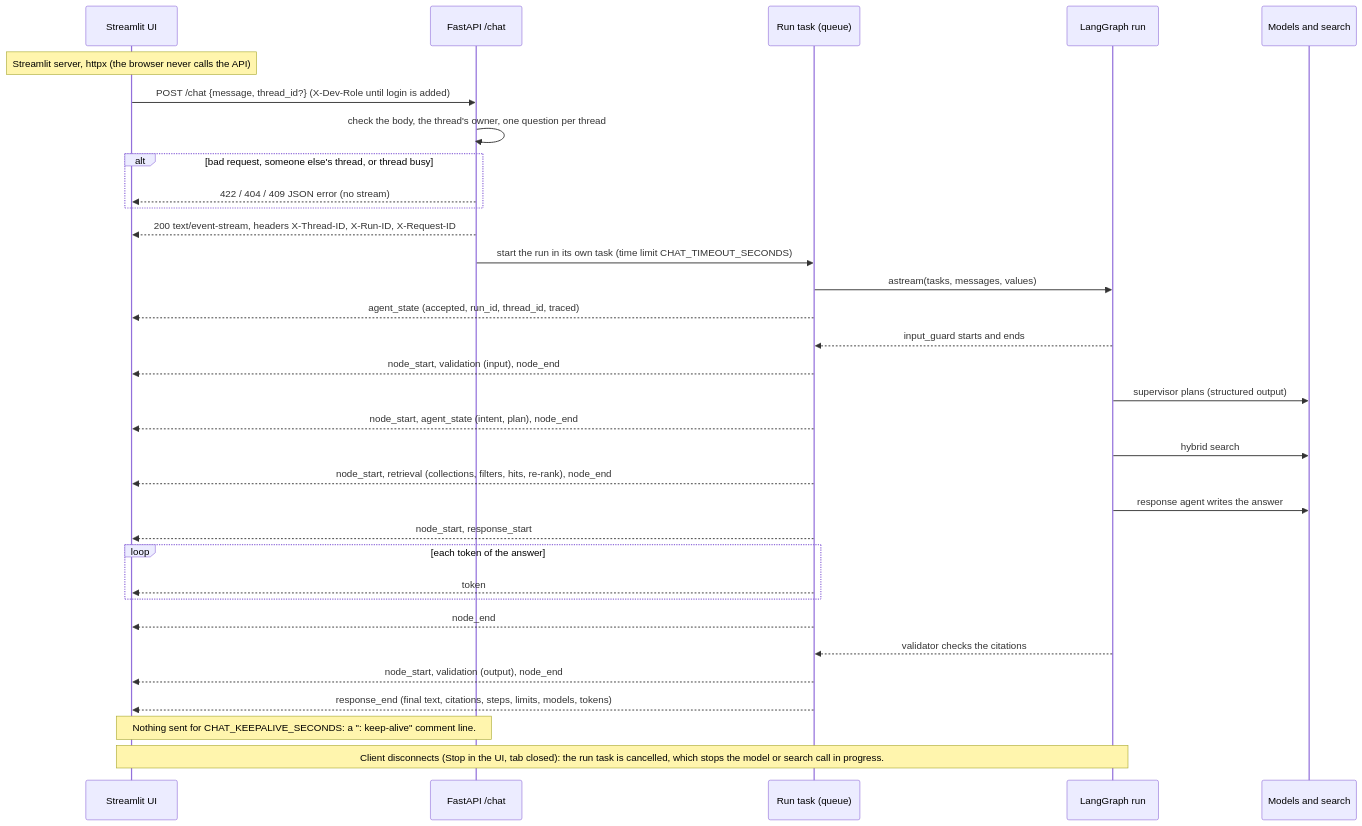
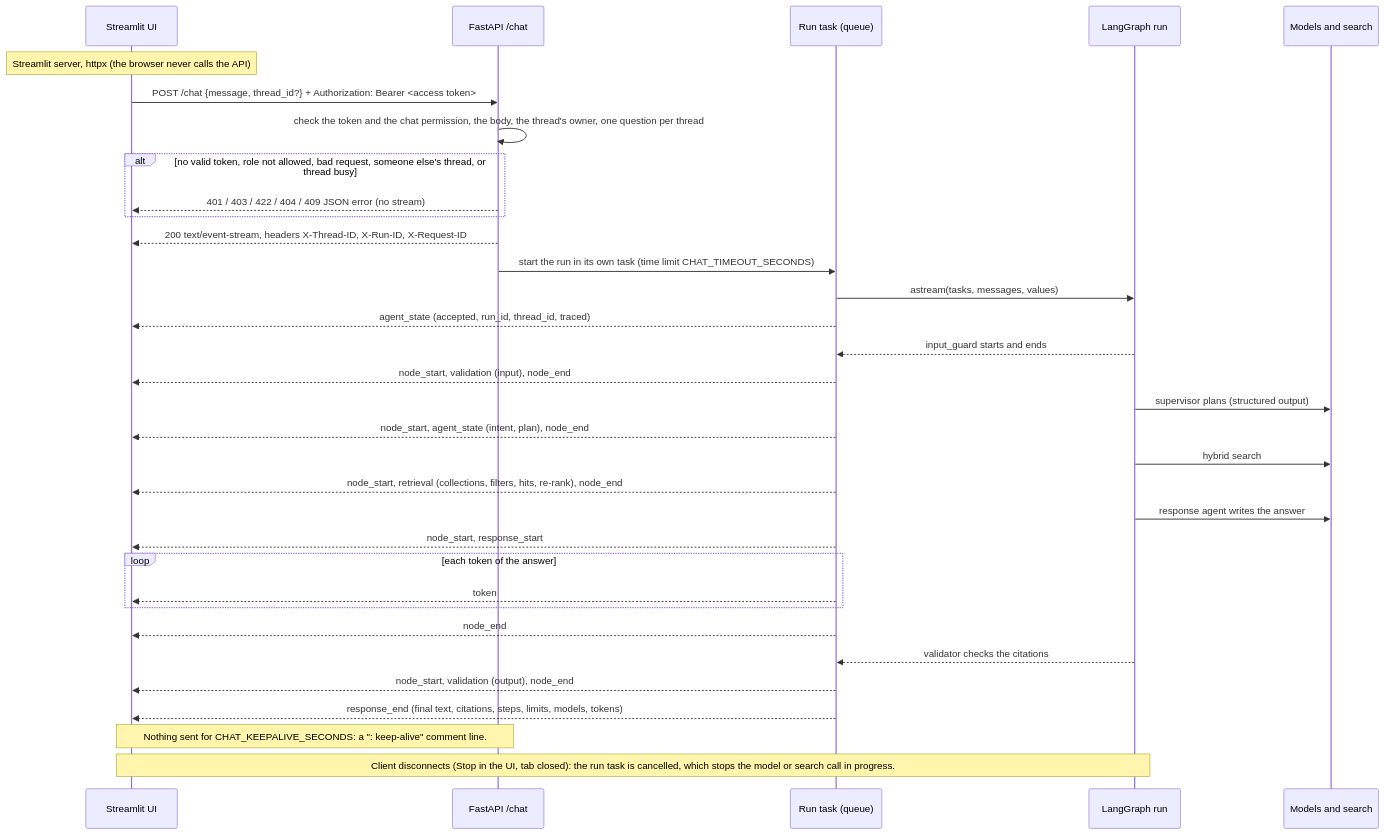
The diagram in docs/architecture/09-streaming-events.md (madukawala/enterprise-knowledge-agent), drawn with Mermaid before and after one commit. The commit also changed other lines of this file and 175 other files, not shown here.

````diff
--- a/docs/architecture/09-streaming-events.md
+++ b/docs/architecture/09-streaming-events.md
@@ -7,36 +7,36 @@
 ```mermaid
 sequenceDiagram
     participant U as Streamlit UI
     participant A as FastAPI /chat
     participant Q as Run task (queue)
     participant G as LangGraph run
     participant T as Models and search
 
     Note over U: Streamlit server, httpx (the browser never calls the API)
-    U->>A: POST /chat {message, thread_id?} (X-Dev-Role until login is added)
-    A->>A: check the body, the thread's owner, one question per thread
-    alt bad request, someone else's thread, or thread busy
-        A-->>U: 422 / 404 / 409 JSON error (no stream)
+    U->>A: POST /chat {message, thread_id?} + Authorization: Bearer <access token>
+    A->>A: check the token and the chat permission, the body, the thread's owner, one question per thread
+    alt no valid token, role not allowed, bad request, someone else's thread, or thread busy
+        A-->>U: 401 / 403 / 422 / 404 / 409 JSON error (no stream)
     end
     A-->>U: 200 text/event-stream, headers X-Thread-ID, X-Run-ID, X-Request-ID
     A->>Q: start the run in its own task (time limit CHAT_TIMEOUT_SECONDS)
     Q->>G: astream(tasks, messages, values)
     Q-->>U: agent_state (accepted, run_id, thread_id, traced)
     G-->>Q: input_guard starts and ends
     Q-->>U: node_start, validation (input), node_end
     G->>T: supervisor plans (structured output)
     Q-->>U: node_start, agent_state (intent, plan), node_end
     G->>T: hybrid search
     Q-->>U: node_start, retrieval (collections, filters, hits, re-rank), node_end
     G->>T: response agent writes the answer
     Q-->>U: node_start, response_start
     loop each token of the answer
         Q-->>U: token
     end
     Q-->>U: node_end
     G-->>Q: validator checks the citations
     Q-->>U: node_start, validation (output), node_end
     Q-->>U: response_end (final text, citations, steps, limits, models, tokens)
     Note over A,U: Nothing sent for CHAT_KEEPALIVE_SECONDS: a ": keep-alive" comment line.
     Note over U,G: Client disconnects (Stop in the UI, tab closed): the run task is cancelled, which stops the model or search call in progress.
 ```
````
